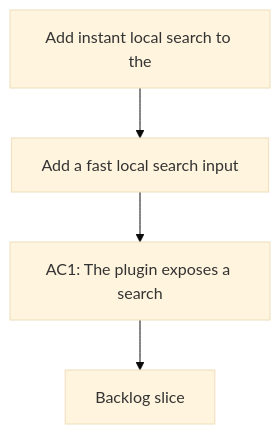
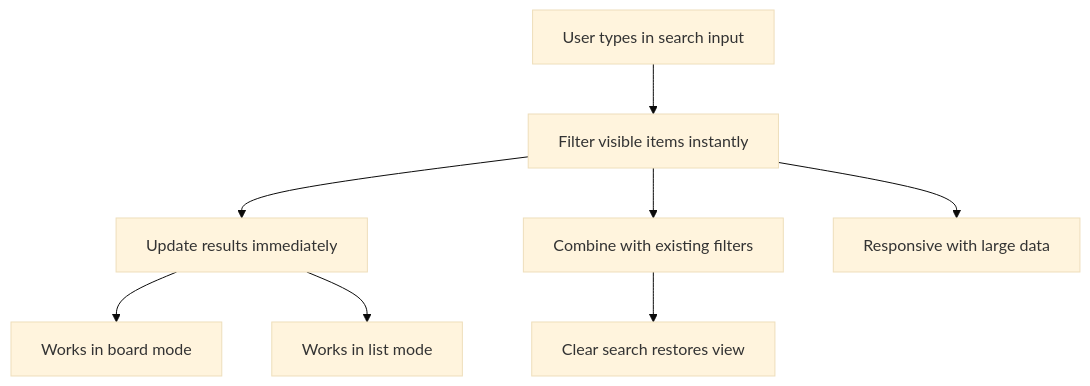
Before and after one commit to AlexAgo83/logics-manager: the diagram in logics/request/req_036_add_instant_local_search_to_the_plugin.md, drawn with Mermaid (base theme). The commit also changed other lines of this file and 54 other files, not shown here.

````diff
--- a/logics/request/req_036_add_instant_local_search_to_the_plugin.md
+++ b/logics/request/req_036_add_instant_local_search_to_the_plugin.md
@@ -10,8 +10,12 @@
 ```mermaid
 %% logics-kind: request
 %% logics-signature: request|add-instant-local-search-to-the-plugin|add-a-fast-local-search-input|ac1-the-plugin-exposes-a-search
 flowchart TD
-    Trigger[Add instant local search to the] --> Need[Add a fast local search input]
-    Need --> Outcome[AC1: The plugin exposes a search]
-    Outcome --> Backlog[Backlog slice]
+  A[User types in search input] --> B[Filter visible items instantly]
+  B --> C[Update results immediately]
+  C --> D[Works in board mode]
+  C --> E[Works in list mode]
+  B --> F[Combine with existing filters]
+  F --> G[Clear search restores view]
+  B --> H[Responsive with large data]
 ```
````
